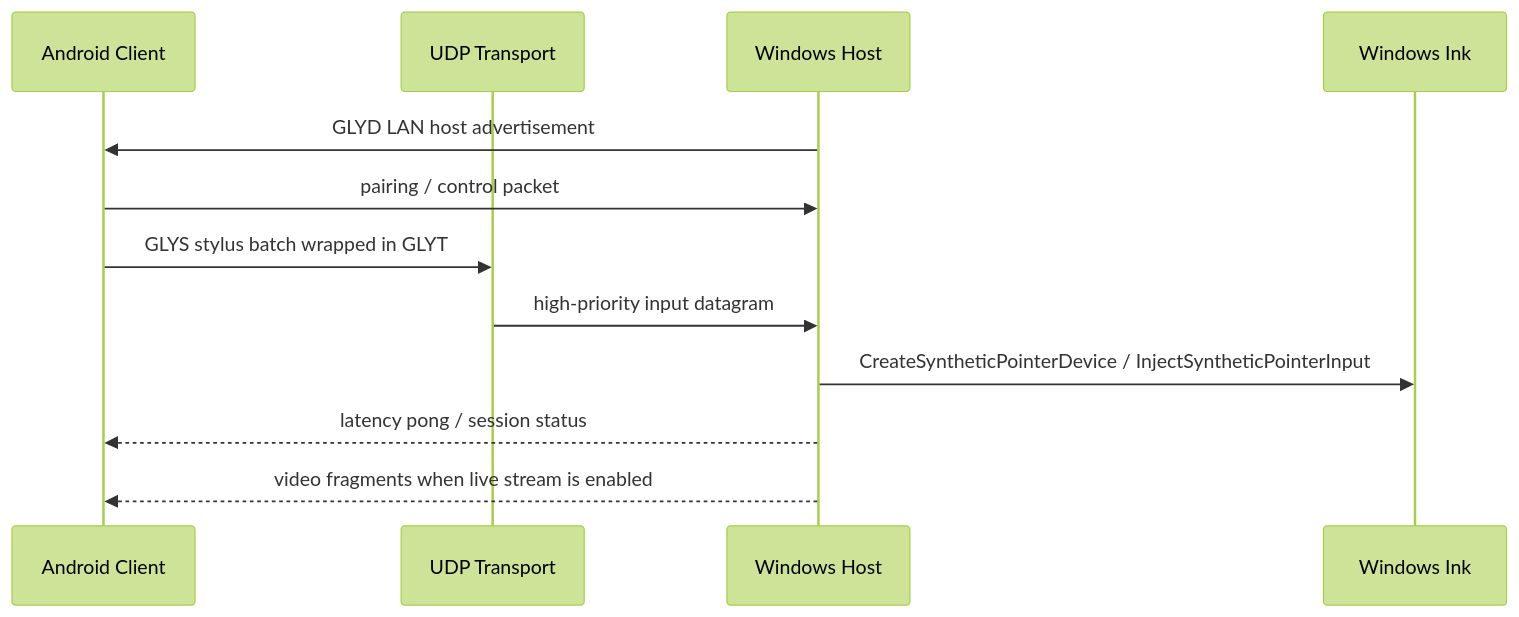
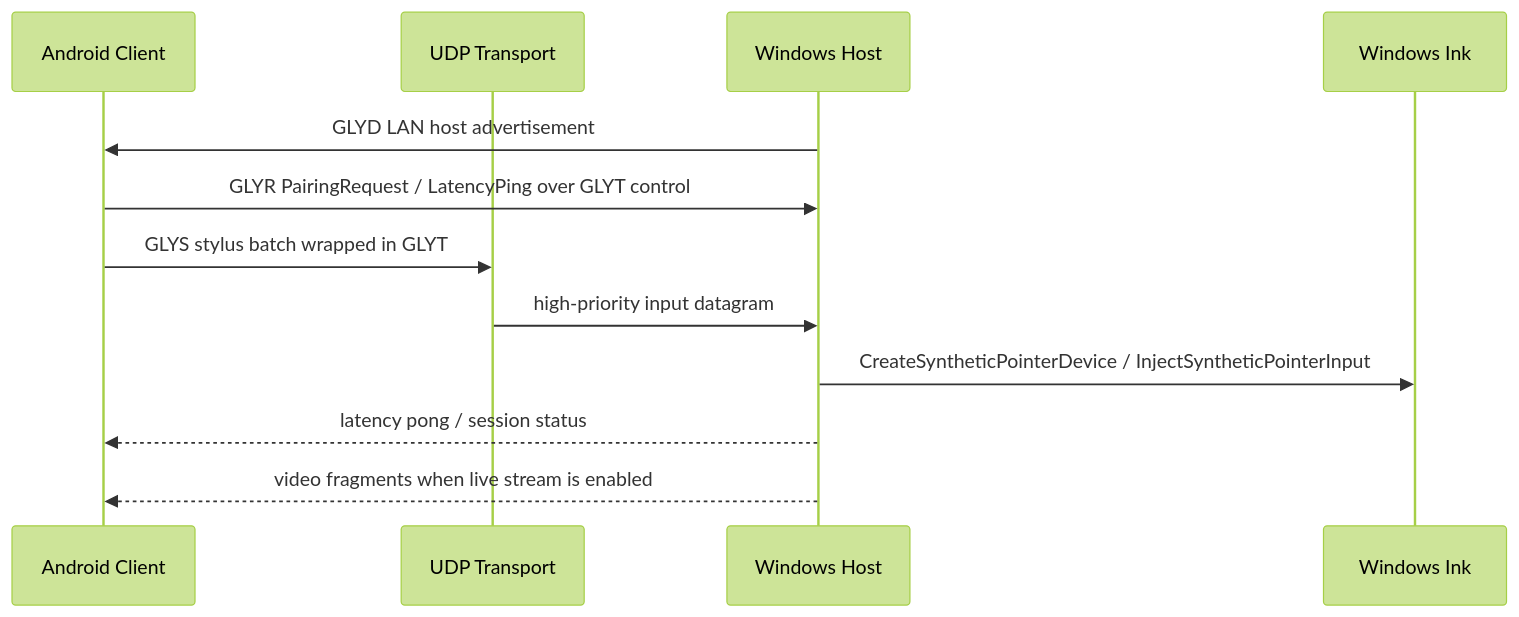
Before and after one commit to lingmulongtai/GlyphRay: the fourth of 5 diagrams in README.ja.md, drawn with Mermaid (forest theme). The commit also changed other lines of this file and 11 other files, not shown here.

Commit message:
feat: implement Android control channel with pairing request and latency ping functionality

````diff
--- a/README.ja.md
+++ b/README.ja.md
@@ -111,15 +111,15 @@
 ```mermaid
 sequenceDiagram
   participant A as Android Client
   participant T as UDP Transport
   participant H as Windows Host
   participant W as Windows Ink
 
   H->>A: GLYD LAN host advertisement
-  A->>H: pairing / control packet
+  A->>H: GLYR PairingRequest / LatencyPing over GLYT control
   A->>T: GLYS stylus batch wrapped in GLYT
   T->>H: high-priority input datagram
   H->>W: CreateSyntheticPointerDevice / InjectSyntheticPointerInput
   H-->>A: latency pong / session status
   H-->>A: video fragments when live stream is enabled
 ```
````
